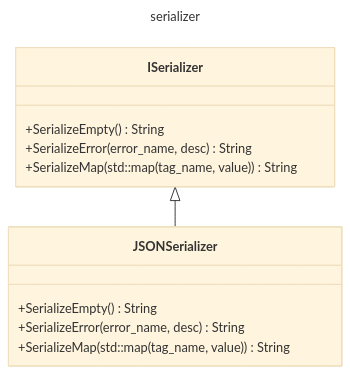
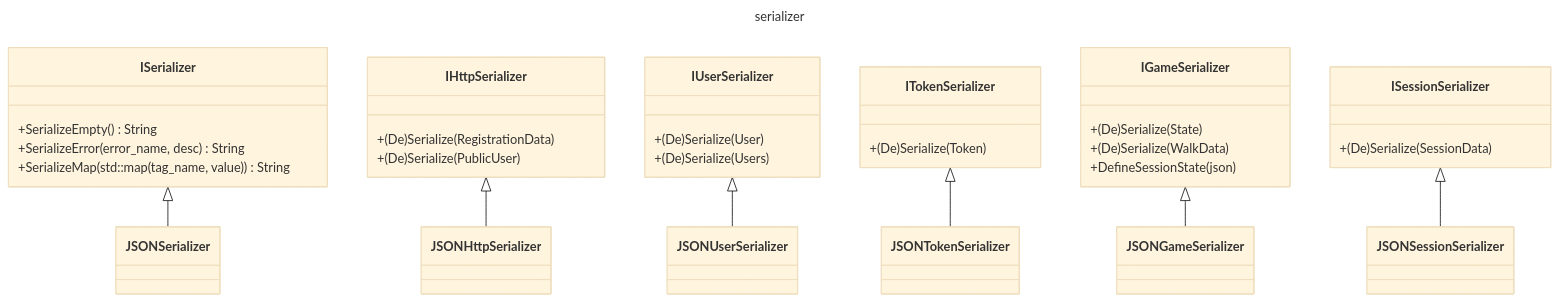
One commit to LeeDoor/game_webserver changed the diagram in docs/serializer.md. Above: the diagram before and after it, drawn with Mermaid (base theme). The commit also changed other lines of this file and 62 other files, not shown here.

````diff
--- a/docs/serializer.md
+++ b/docs/serializer.md
@@ -9,19 +6,65 @@
 ```mermaid
 ---
 title: serializer
 ---
 classDiagram
     class ISerializer {
         +SerializeEmpty() String
         +SerializeError(error_name, desc) String
         +SerializeMap(std::map(tag_name, value)) String
     }
     
     class JSONSerializer {
-        +SerializeEmpty() String
-        +SerializeError(error_name, desc) String
-        +SerializeMap(std::map(tag_name, value)) String
     }
 
     ISerializer <|-- JSONSerializer
+
+    class IHttpSerializer {
+        +(De)Serialize(RegistrationData) 
+        +(De)Serialize(PublicUser) 
+    }
+    
+    class JSONHttpSerializer {
+    }
+
+    IHttpSerializer <|-- JSONHttpSerializer
+
+    class IUserSerializer {
+        +(De)Serialize(User) 
+        +(De)Serialize(Users) 
+    }
+    
+    class JSONUserSerializer {
+    }
+
+    IUserSerializer <|-- JSONUserSerializer
+
+    class ITokenSerializer {
+        +(De)Serialize(Token) 
+    }
+    
+    class JSONTokenSerializer {
+    }
+
+    ITokenSerializer <|-- JSONTokenSerializer
+
+    class IGameSerializer {
+        +(De)Serialize(State) 
+        +(De)Serialize(WalkData) 
+        +DefineSessionState(json)
+    }
+    
+    class JSONGameSerializer {
+    }
+
+    IGameSerializer <|-- JSONGameSerializer
+
+    class ISessionSerializer {
+        +(De)Serialize(SessionData) 
+    }
+    
+    class JSONSessionSerializer {
+    }
+
+    ISessionSerializer <|-- JSONSessionSerializer
 ```
````
